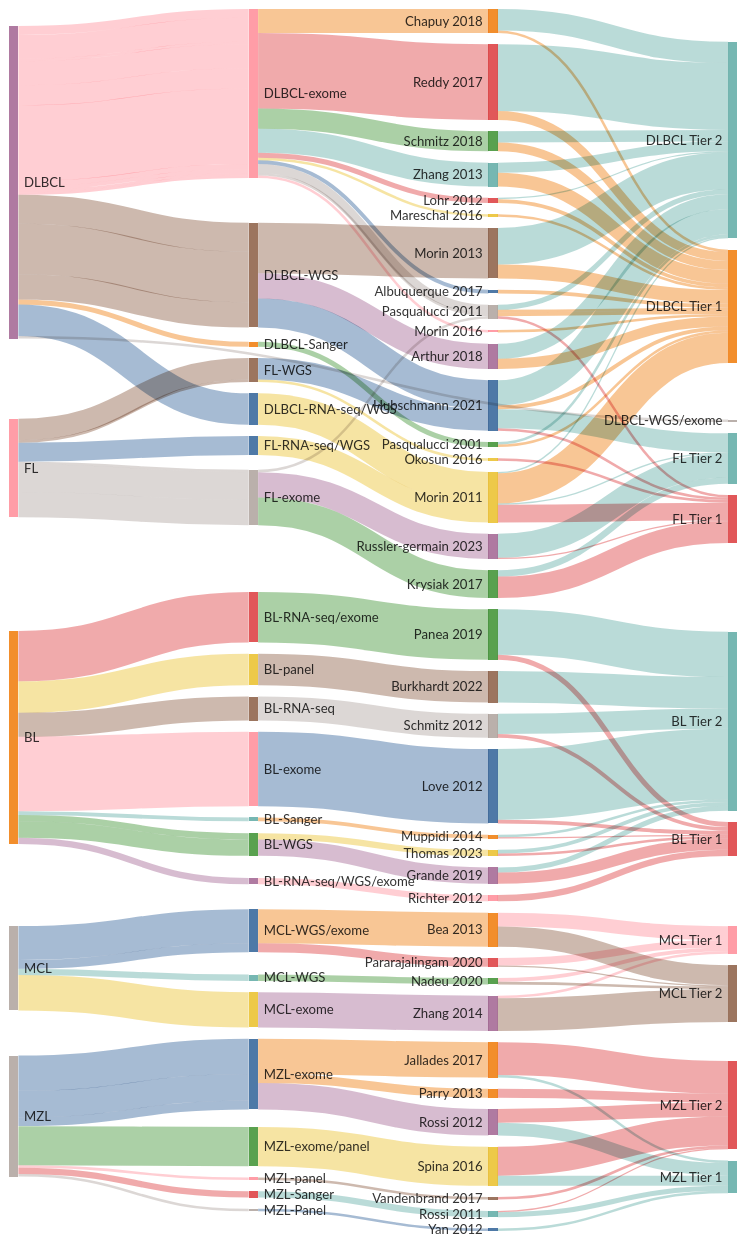
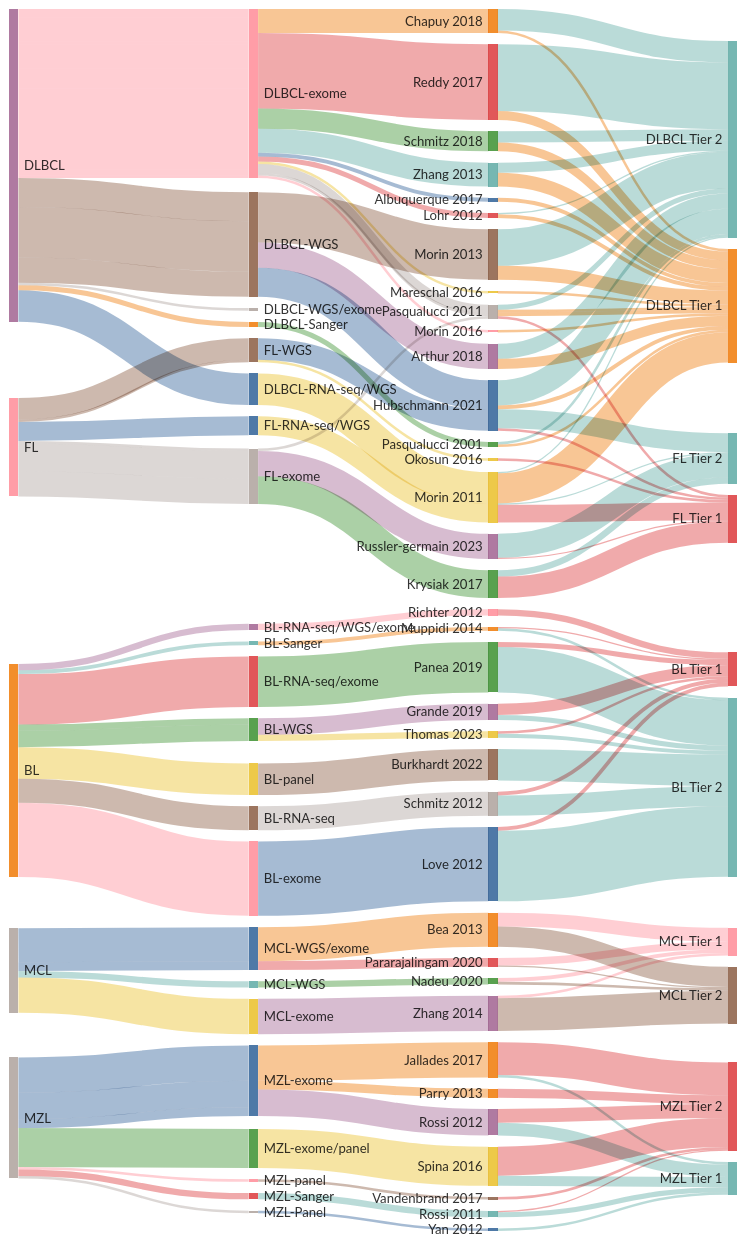
One commit to morinlab/lymphopedia changed the diagram in Home.md. Above: the diagram before and after it, drawn with Mermaid.

```diff
--- a/Home.md
+++ b/Home.md
@@ -23,7 +23,7 @@
     linkColor: target
     width: 775
     height: 1300
-    nodeAlignment: right
+    nodeAlignment: left
 ---
 sankey-beta
 Albuquerque 2017, DLBCL Tier 1, 3
```
